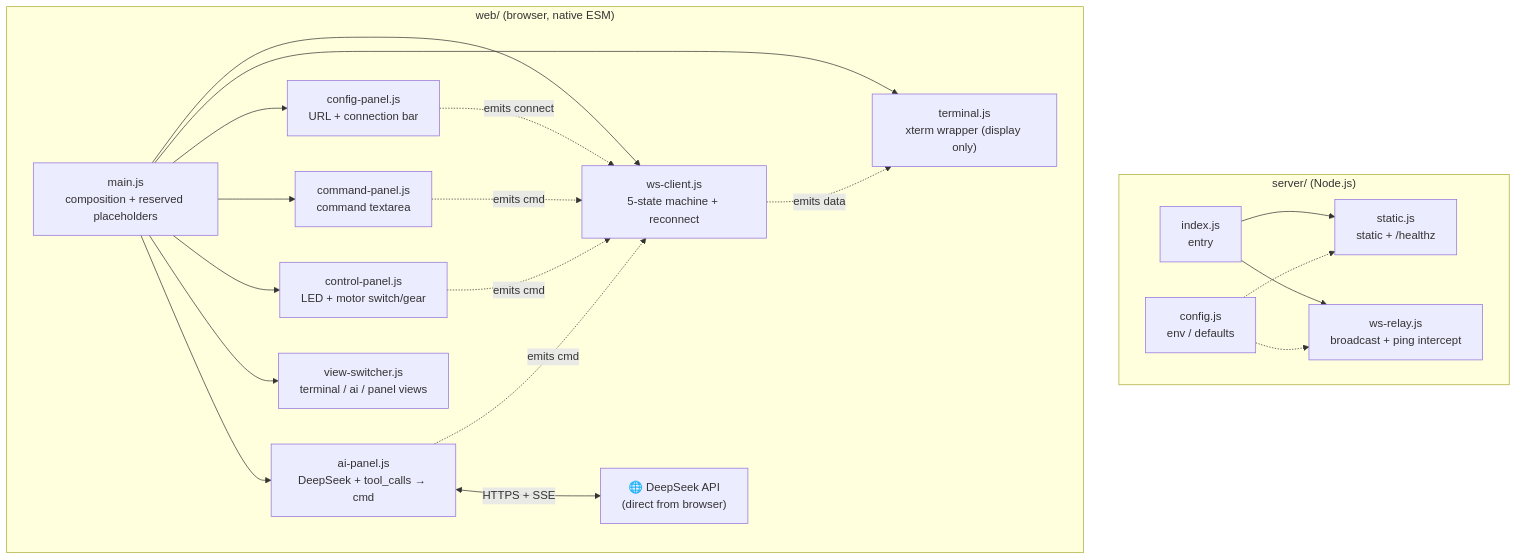
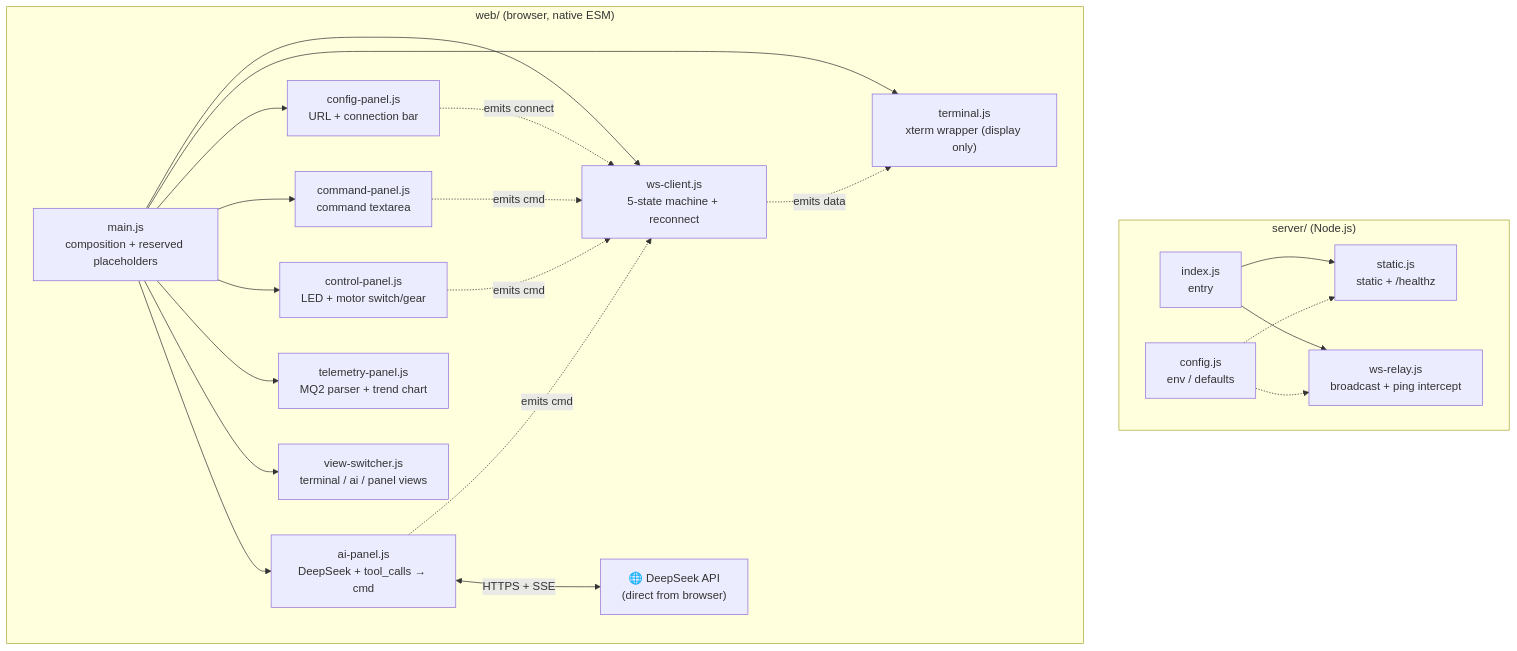
One commit to rsecss/helmet-console changed the second of 7 diagrams in docs/architecture.md. Above: the diagram before and after it, drawn with Mermaid. The commit also changed other lines of this file and 11 other files, not shown here.

````diff
--- a/docs/architecture.md
+++ b/docs/architecture.md
@@ -40,38 +40,40 @@
 ```mermaid
 flowchart TB
     subgraph server["server/ (Node.js)"]
         idx["index.js<br/>entry"]
         http["static.js<br/>static + /healthz"]
         relay["ws-relay.js<br/>broadcast + ping intercept"]
         cfg["config.js<br/>env / defaults"]
         idx --> http
         idx --> relay
         cfg -.-> http
         cfg -.-> relay
     end
 
     subgraph web["web/ (browser, native ESM)"]
         main["main.js<br/>composition + reserved placeholders"]
         wsc["ws-client.js<br/>5-state machine + reconnect"]
         term["terminal.js<br/>xterm wrapper (display only)"]
         cp["config-panel.js<br/>URL + connection bar"]
         cmd["command-panel.js<br/>command textarea"]
         ctrl["control-panel.js<br/>LED + motor switch/gear"]
+        telemetry["telemetry-panel.js<br/>MQ2 parser + trend chart"]
         vsw["view-switcher.js<br/>terminal / ai / panel views"]
         ai["ai-panel.js<br/>DeepSeek + tool_calls → cmd"]
         deepseek["🌐 DeepSeek API<br/>(direct from browser)"]
         main --> wsc
         main --> term
         main --> cp
         main --> cmd
         main --> ctrl
+        main --> telemetry
         main --> vsw
         main --> ai
         wsc -. emits data .-> term
         cmd -. emits cmd .-> wsc
         cp -. emits connect .-> wsc
         ctrl -. emits cmd .-> wsc
         ai -. emits cmd .-> wsc
         ai <-->|"HTTPS + SSE"| deepseek
     end
 ```
````
